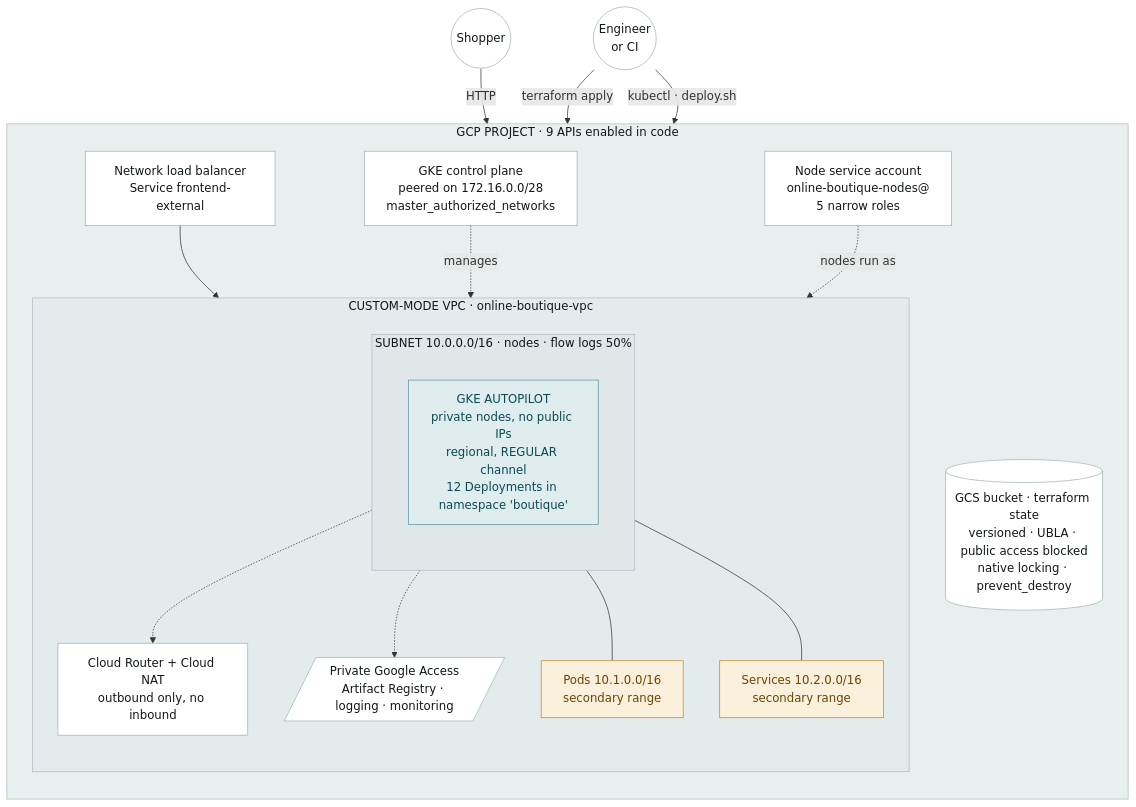
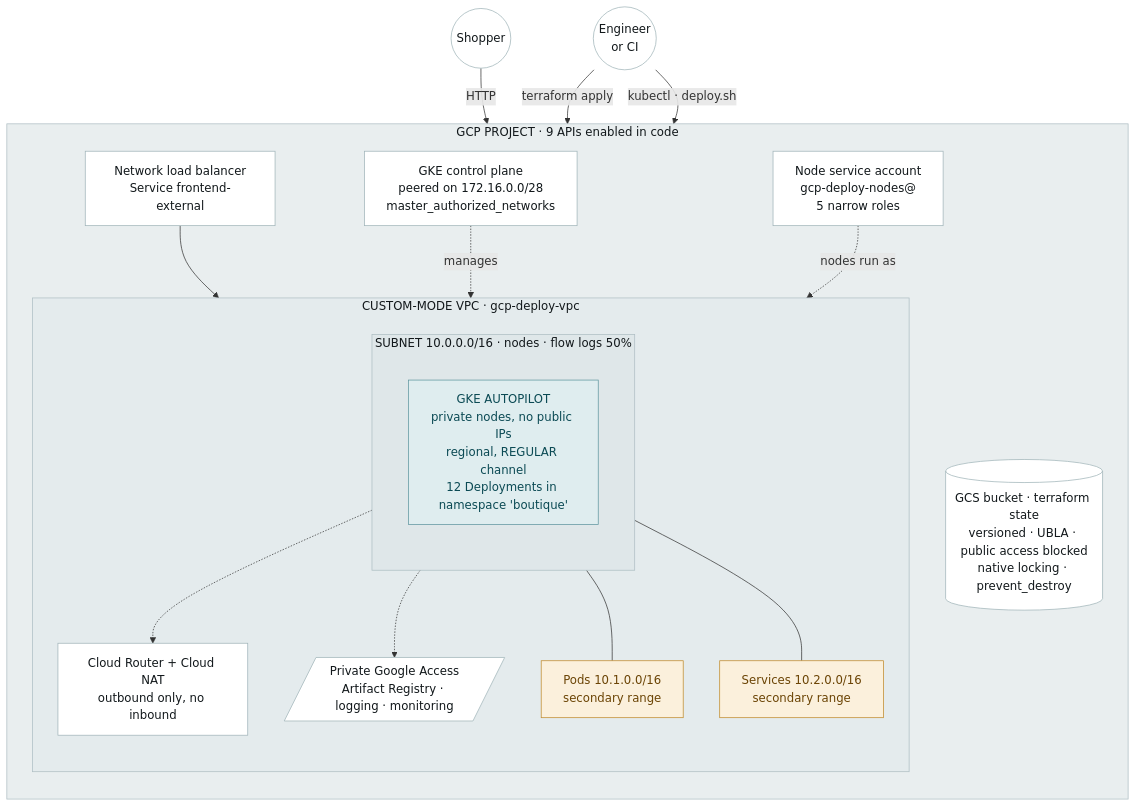
One commit to makeitstatic/gcp-deployment changed the second of 3 diagrams in docs/02-architecture.md. Above: the diagram before and after it, drawn with Mermaid. The commit also changed other lines of this file and 25 other files, not shown here.

````diff
--- a/docs/02-architecture.md
+++ b/docs/02-architecture.md
@@ -49,49 +49,49 @@
 ```mermaid
 flowchart TB
     user(("Shopper"))
     eng(("Engineer<br/>or CI"))
 
     subgraph proj["GCP PROJECT · 9 APIs enabled in code"]
       direction TB
 
       state[("GCS bucket · terraform state<br/>versioned · UBLA · public access blocked<br/>native locking · prevent_destroy")]
       cp["GKE control plane<br/>peered on 172.16.0.0/28<br/>master_authorized_networks"]
-      sa["Node service account<br/>online-boutique-nodes@<br/>5 narrow roles"]
+      sa["Node service account<br/>gcp-deploy-nodes@<br/>5 narrow roles"]
       lb["Network load balancer<br/>Service frontend-external"]
 
-      subgraph vpc["CUSTOM-MODE VPC · online-boutique-vpc"]
+      subgraph vpc["CUSTOM-MODE VPC · gcp-deploy-vpc"]
         direction TB
 
         subgraph sub["SUBNET 10.0.0.0/16 · nodes · flow logs 50%"]
           direction TB
           gke["GKE AUTOPILOT<br/>private nodes, no public IPs<br/>regional, REGULAR channel<br/>12 Deployments in namespace 'boutique'"]
         end
 
         pods["Pods 10.1.0.0/16<br/>secondary range"]
         svcr["Services 10.2.0.0/16<br/>secondary range"]
         nat["Cloud Router + Cloud NAT<br/>outbound only, no inbound"]
         pga[/"Private Google Access<br/>Artifact Registry · logging · monitoring"/]
       end
     end
 
     user -->|"HTTP"| lb --> gke
     eng -->|"terraform apply"| state
     eng -->|"kubectl · deploy.sh"| cp
     cp -.->|"manages"| gke
     sa -.->|"nodes run as"| gke
     gke -.-> nat
     gke -.-> pga
     sub --- pods
     sub --- svcr
 
     classDef box fill:#FFFFFF,stroke:#9FB3B8,color:#12181B;
     classDef range fill:#FBF0DC,stroke:#C08A2A,color:#6B4405;
     classDef core fill:#DFEDEF,stroke:#5E959E,color:#0B4A54;
     class user,eng,state,cp,sa,lb,nat,pga box;
     class pods,svcr range;
     class gke core;
 
     style proj fill:#E9EEEF,stroke:#AEBEC3,color:#12181B;
     style vpc fill:#E4EBED,stroke:#AEBEC3,color:#12181B;
     style sub fill:#DFE7E9,stroke:#AEBEC3,color:#12181B;
 ```
````
